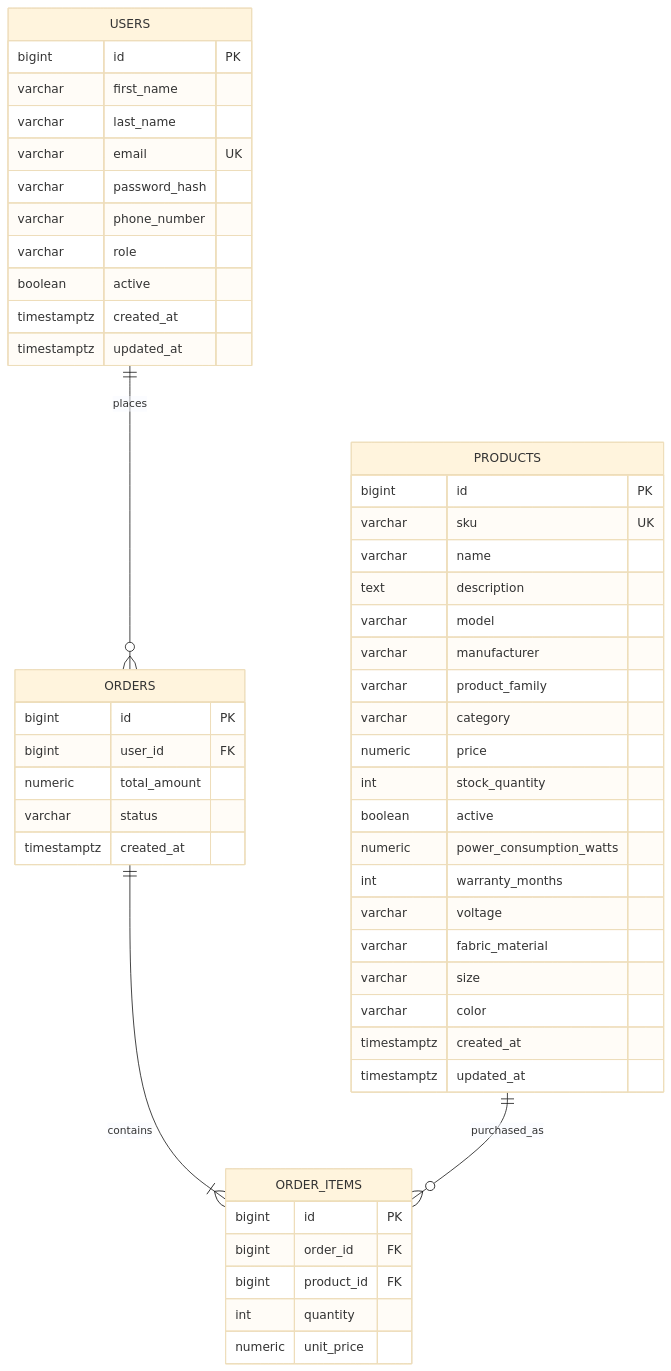
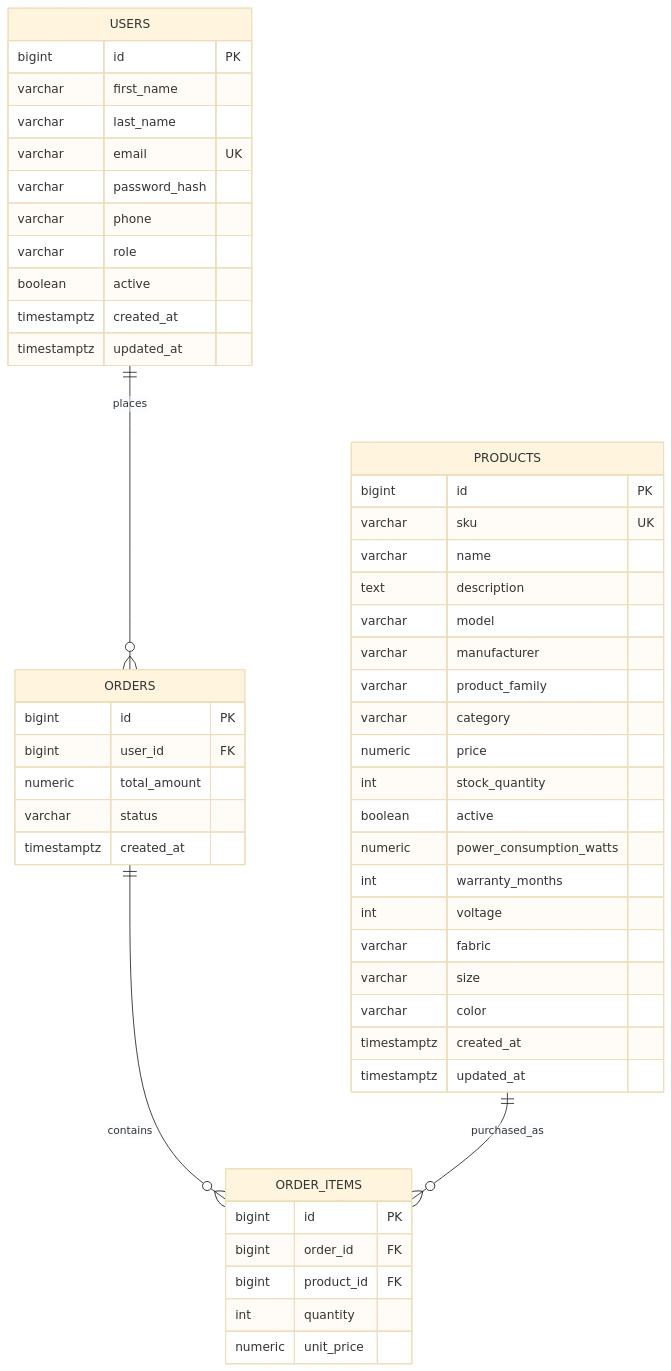
Before and after one commit to juancarlosp94/bloommerce: the diagram in docs/architecture/erd.md, drawn with Mermaid (base theme). The commit also changed 14 other files, not shown here.

````diff
--- a/docs/architecture/erd.md
+++ b/docs/architecture/erd.md
@@ -6,59 +6,59 @@
 ```mermaid
 erDiagram
     direction TB
 
     USERS ||--o{ ORDERS : places
-    ORDERS ||--|{ ORDER_ITEMS : contains
+    ORDERS ||--o{ ORDER_ITEMS : contains
     PRODUCTS ||--o{ ORDER_ITEMS : purchased_as
 
     USERS {
         bigint id PK
         varchar first_name
         varchar last_name
         varchar email UK
         varchar password_hash
-        varchar phone_number
+        varchar phone
         varchar role
         boolean active
         timestamptz created_at
         timestamptz updated_at
     }
 
     PRODUCTS {
         bigint id PK
         varchar sku UK
         varchar name
         text description
         varchar model
         varchar manufacturer
         varchar product_family
         varchar category
         numeric price
         int stock_quantity
         boolean active
         numeric power_consumption_watts
         int warranty_months
-        varchar voltage
-        varchar fabric_material
+        int voltage
+        varchar fabric
         varchar size
         varchar color
         timestamptz created_at
         timestamptz updated_at
     }
 
     ORDERS {
         bigint id PK
         bigint user_id FK
         numeric total_amount
         varchar status
         timestamptz created_at
     }
 
     ORDER_ITEMS {
         bigint id PK
         bigint order_id FK
         bigint product_id FK
         int quantity
         numeric unit_price
     }
 ```
````
